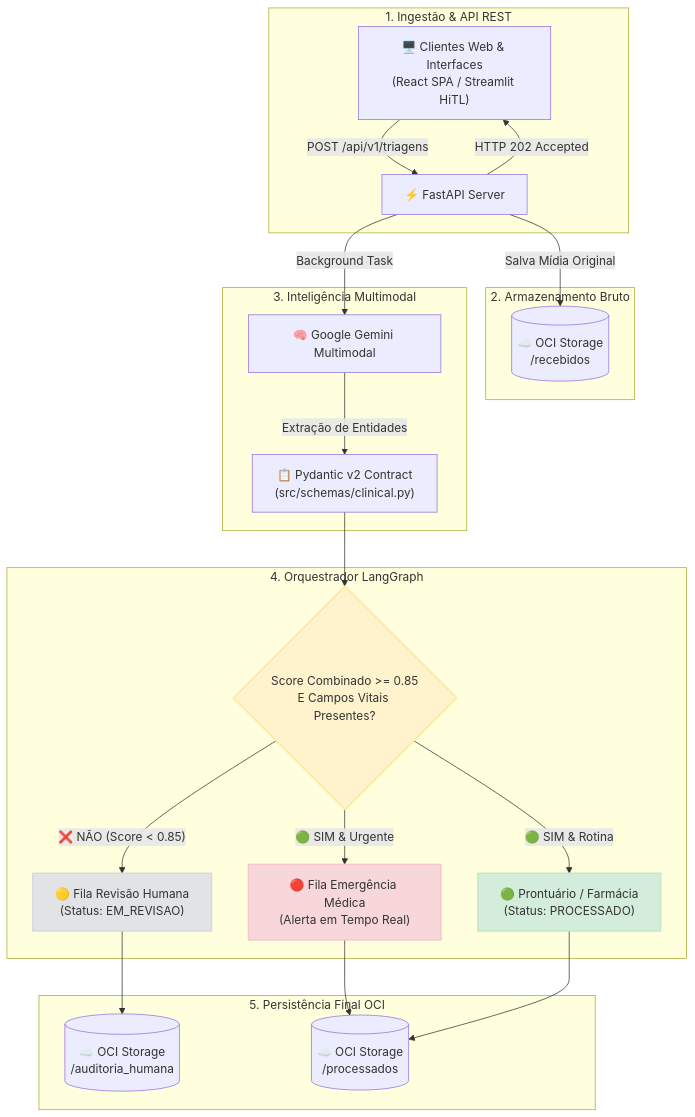
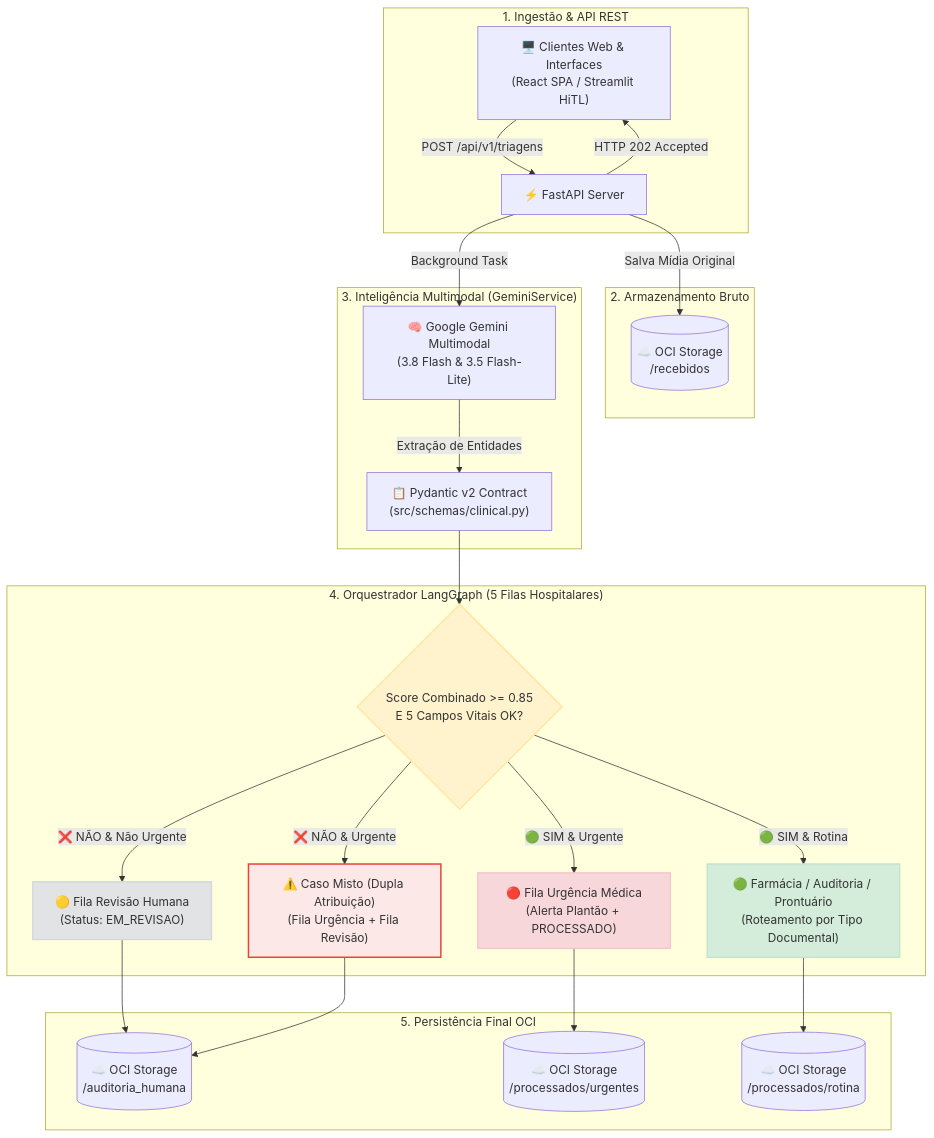
One commit to No-Country-simulation/g10-brasil-equipe-15_mediflow changed the diagram in README.md. Above: the diagram before and after it, drawn with Mermaid. The commit also changed other lines of this file and 10 other files, not shown here.

First line of the commit message:
feat: integrar qualidade langgraph na api, ingestao multimodal gemini e fidelidade clinica

````diff
--- a/README.md
+++ b/README.md
@@ -71,35 +71,38 @@
 ```mermaid
 flowchart TD
     subgraph INGESTION["1. Ingestão & API REST"]
         A["🖥️ Clientes Web & Interfaces<br/>(React SPA / Streamlit HiTL)"] -->|POST /api/v1/triagens| B["⚡ FastAPI Server"]
         B -->|HTTP 202 Accepted| A
     end
 
     subgraph OCI_IN["2. Armazenamento Bruto"]
         B -->|Salva Mídia Original| C[("☁️ OCI Storage<br/>/recebidos")]
     end
 
-    subgraph AI_ENGINE["3. Inteligência Multimodal"]
-        B -->|Background Task| D["🧠 Google Gemini Multimodal"]
+    subgraph AI_ENGINE["3. Inteligência Multimodal (GeminiService)"]
+        B -->|Background Task| D["🧠 Google Gemini Multimodal<br/>(3.8 Flash & 3.5 Flash-Lite)"]
         D -->|Extração de Entidades| E["📋 Pydantic v2 Contract<br/>(src/schemas/clinical.py)"]
     end
 
-    subgraph ROUTING["4. Orquestrador LangGraph"]
-        E --> F{"Score Combinado >= 0.85<br/>E Campos Vitais Presentes?"}
+    subgraph ROUTING["4. Orquestrador LangGraph (5 Filas Hospitalares)"]
+        E --> F{"Score Combinado >= 0.85<br/>E 5 Campos Vitais OK?"}
         
-        F -- ❌ NÃO (Score < 0.85) --> G1["🟡 Fila Revisão Humana<br/>(Status: EM_REVISAO)"]
-        F -- 🟢 SIM & Urgente --> G2["🔴 Fila Emergência Médica<br/>(Alerta em Tempo Real)"]
-        F -- 🟢 SIM & Rotina --> G3["🟢 Prontuário / Farmácia<br/>(Status: PROCESSADO)"]
+        F -- ❌ NÃO & Não Urgente --> G1["🟡 Fila Revisão Humana<br/>(Status: EM_REVISAO)"]
+        F -- ❌ NÃO & Urgente --> GM["⚠️ Caso Misto (Dupla Atribuição)<br/>(Fila Urgência + Fila Revisão)"]
+        F -- 🟢 SIM & Urgente --> G2["🔴 Fila Urgência Médica<br/>(Alerta Plantão + PROCESSADO)"]
+        F -- 🟢 SIM & Rotina --> G3["🟢 Farmácia / Auditoria / Prontuário<br/>(Roteamento por Tipo Documental)"]
     end
 
     subgraph OCI_OUT["5. Persistência Final OCI"]
         G1 --> H1[("☁️ OCI Storage<br/>/auditoria_humana")]
-        G2 --> H2[("☁️ OCI Storage<br/>/processados")]
-        G3 --> H2
+        GM --> H1
+        G2 --> H2[("☁️ OCI Storage<br/>/processados/urgentes")]
+        G3 --> H3[("☁️ OCI Storage<br/>/processados/rotina")]
     end
 
     style F fill:#FFF3CD,stroke:#FFE8A1,stroke-width:2px
     style G2 fill:#F8D7DA,stroke:#F5C6CB,stroke-width:2px
+    style GM fill:#FCE8E6,stroke:#EA4335,stroke-width:2px
     style G1 fill:#E2E3E5,stroke:#D6D8DB,stroke-width:2px
     style G3 fill:#D4EDDA,stroke:#C3E6CB,stroke-width:2px
 ```
````
